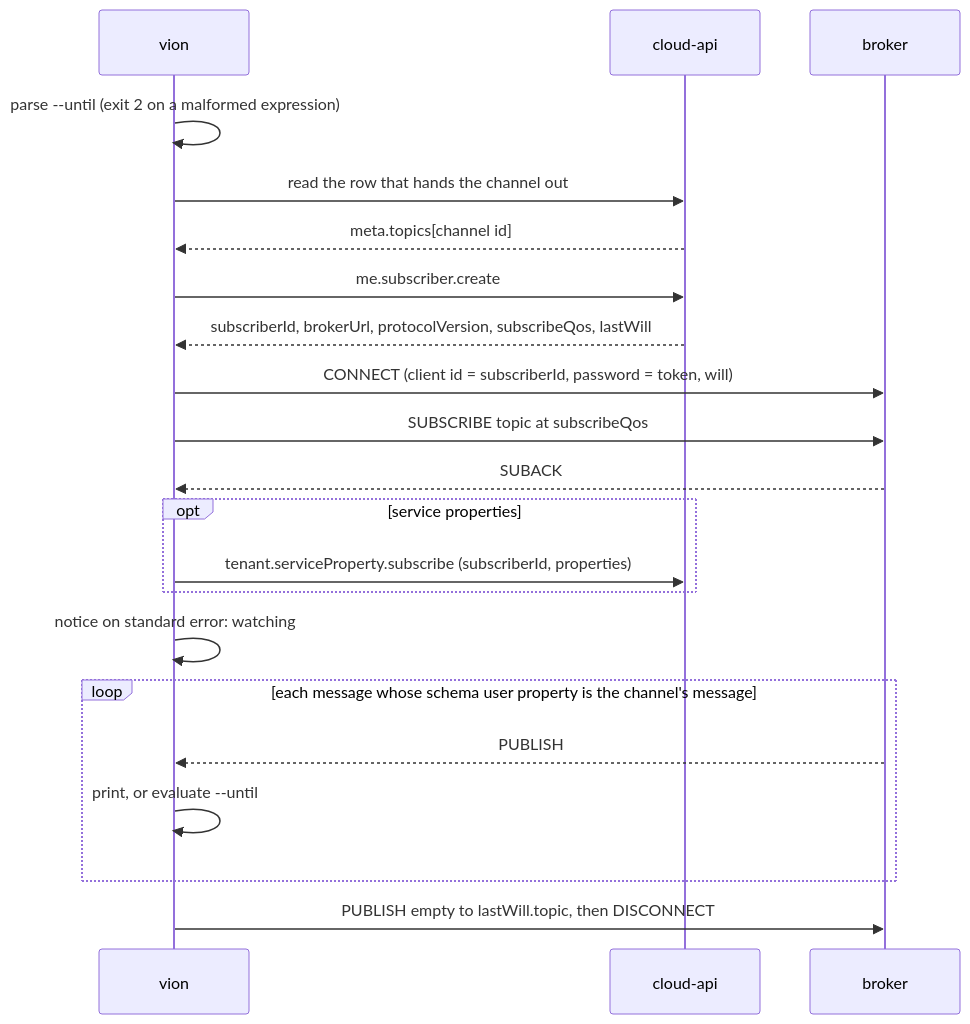
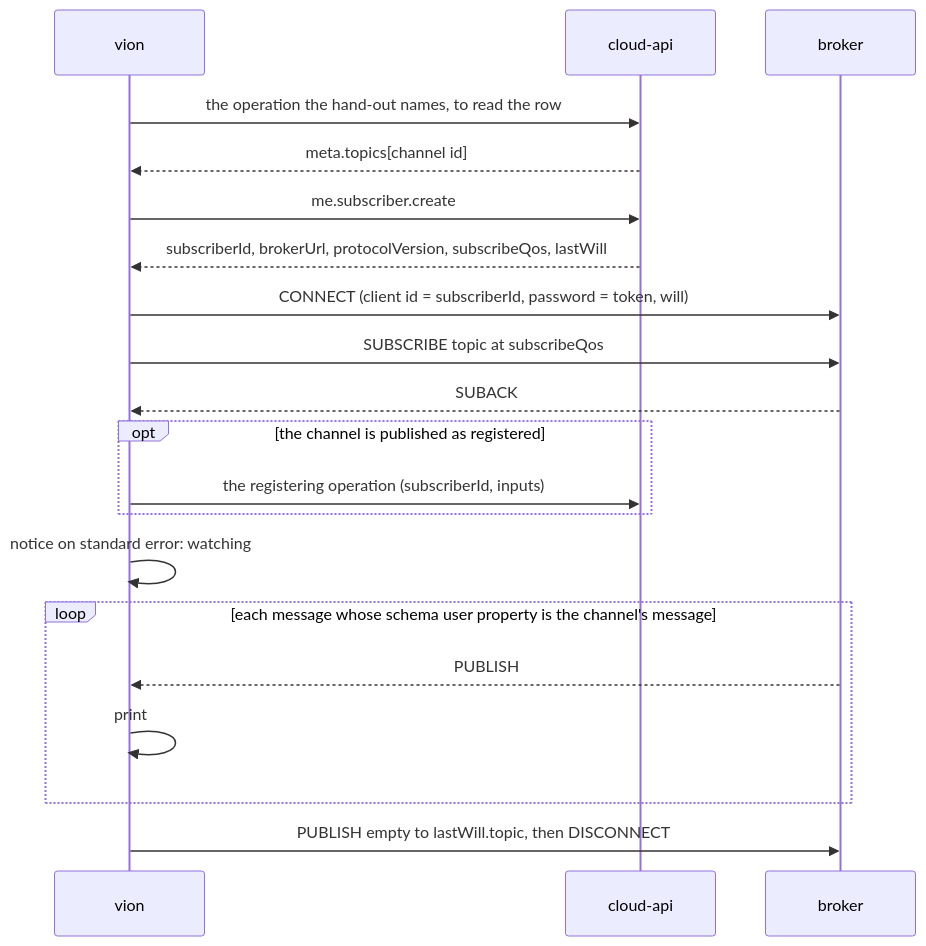
The diagram in docs/changes/2026-11-12-watch.md (VION-IoT/vion-cli), drawn with Mermaid before and after one commit. The commit also changed other lines of this file, not shown here.

````diff
--- a/docs/changes/2026-11-12-watch.md
+++ b/docs/changes/2026-11-12-watch.md
@@ -259,23 +237,22 @@
 ```mermaid
 sequenceDiagram
     participant V as vion
     participant A as cloud-api
     participant B as broker
-    V->>V: parse --until (exit 2 on a malformed expression)
-    V->>A: read the row that hands the channel out
+    V->>A: the operation the hand-out names, to read the row
     A-->>V: meta.topics[channel id]
     V->>A: me.subscriber.create
     A-->>V: subscriberId, brokerUrl, protocolVersion, subscribeQos, lastWill
     V->>B: CONNECT (client id = subscriberId, password = token, will)
     V->>B: SUBSCRIBE topic at subscribeQos
     B-->>V: SUBACK
-    opt service properties
-        V->>A: tenant.serviceProperty.subscribe (subscriberId, properties)
+    opt the channel is published as registered
+        V->>A: the registering operation (subscriberId, inputs)
     end
     V->>V: notice on standard error: watching
     loop each message whose schema user property is the channel's message
         B-->>V: PUBLISH
-        V->>V: print, or evaluate --until
+        V->>V: print
     end
     V->>B: PUBLISH empty to lastWill.topic, then DISCONNECT
 ```
````
